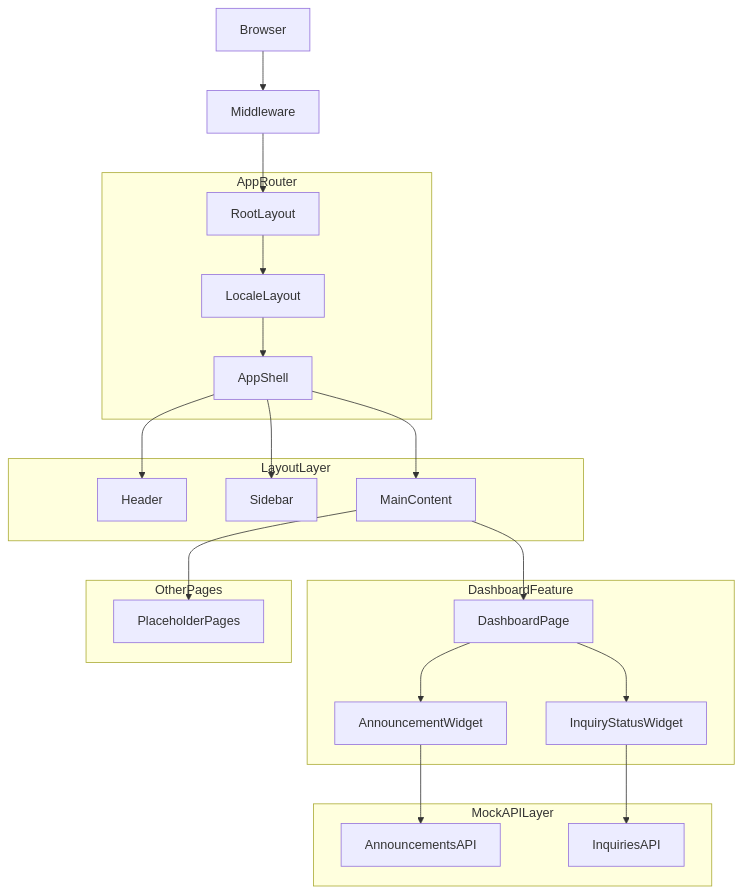
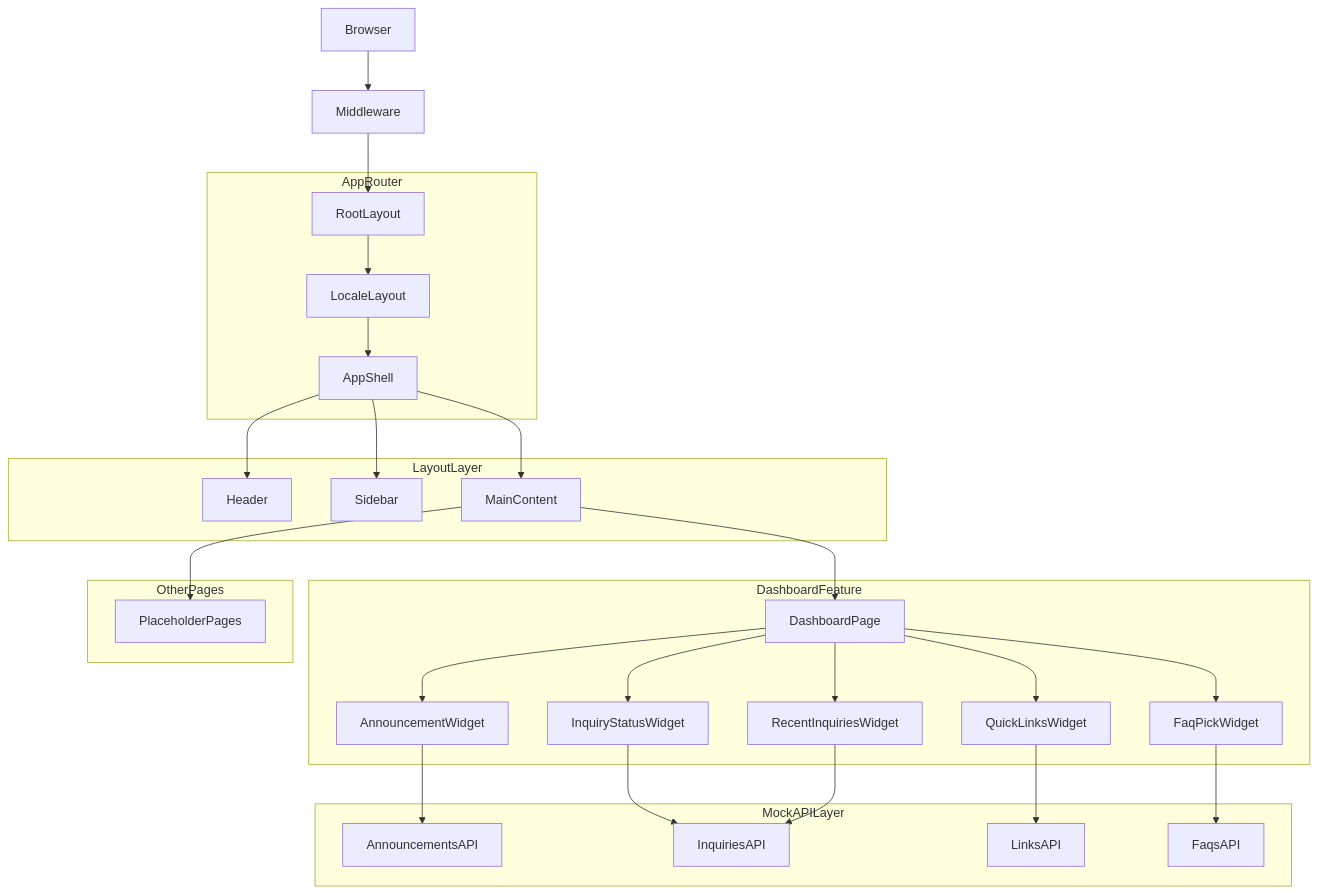
One commit to yuitosuenaga/daiso-portal-mock changed the first of 2 diagrams in .kiro/specs/dashboard/design.md. Above: the diagram before and after it, drawn with Mermaid. The commit also changed other lines of this file and 13 other files, not shown here.

````diff
--- a/.kiro/specs/dashboard/design.md
+++ b/.kiro/specs/dashboard/design.md
@@ -65,31 +71,37 @@
 ```mermaid
 graph TB
     Browser --> Middleware
     Middleware --> RootLayout
 
     subgraph AppRouter
         RootLayout --> LocaleLayout
         LocaleLayout --> AppShell
     end
 
     subgraph LayoutLayer
         AppShell --> Header
         AppShell --> Sidebar
         AppShell --> MainContent
     end
 
     subgraph DashboardFeature
         MainContent --> DashboardPage
         DashboardPage --> AnnouncementWidget
         DashboardPage --> InquiryStatusWidget
+        DashboardPage --> RecentInquiriesWidget
+        DashboardPage --> QuickLinksWidget
+        DashboardPage --> FaqPickWidget
     end
 
     subgraph MockAPILayer
         AnnouncementWidget --> AnnouncementsAPI
         InquiryStatusWidget --> InquiriesAPI
+        RecentInquiriesWidget --> InquiriesAPI
+        QuickLinksWidget --> LinksAPI
+        FaqPickWidget --> FaqsAPI
     end
 
     subgraph OtherPages
         MainContent --> PlaceholderPages
     end
 ```
````
